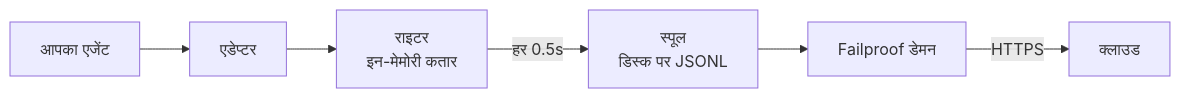
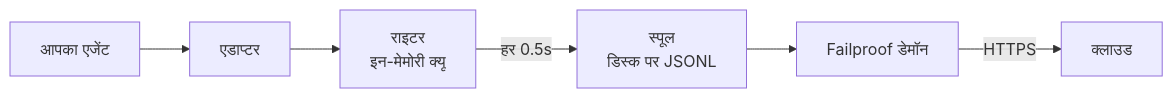
The second of 2 diagrams in docs/hi/start/integrations/custom-agents.mdx (FailproofAI/failproofai), drawn with Mermaid before and after one commit. The commit also changed other lines of this file and 13 other files, not shown here.

````diff
--- a/docs/hi/start/integrations/custom-agents.mdx
+++ b/docs/hi/start/integrations/custom-agents.mdx
@@ -615,8 +615,8 @@
 ```mermaid
 flowchart LR
-    A["आपका एजेंट"] --> B["एडेप्टर"]
-    B --> C["राइटर<br/>इन-मेमोरी कतार"]
+    A["आपका एजेंट"] --> B["एडाप्टर"]
+    B --> C["राइटर<br/>इन-मेमोरी क्यू"]
     C -->|"हर 0.5s"| D["स्पूल<br/>डिस्क पर JSONL"]
-    D --> E["Failproof डेमन"]
+    D --> E["Failproof डेमॉन"]
     E -->|"HTTPS"| F["क्लाउड"]
 ```
````
